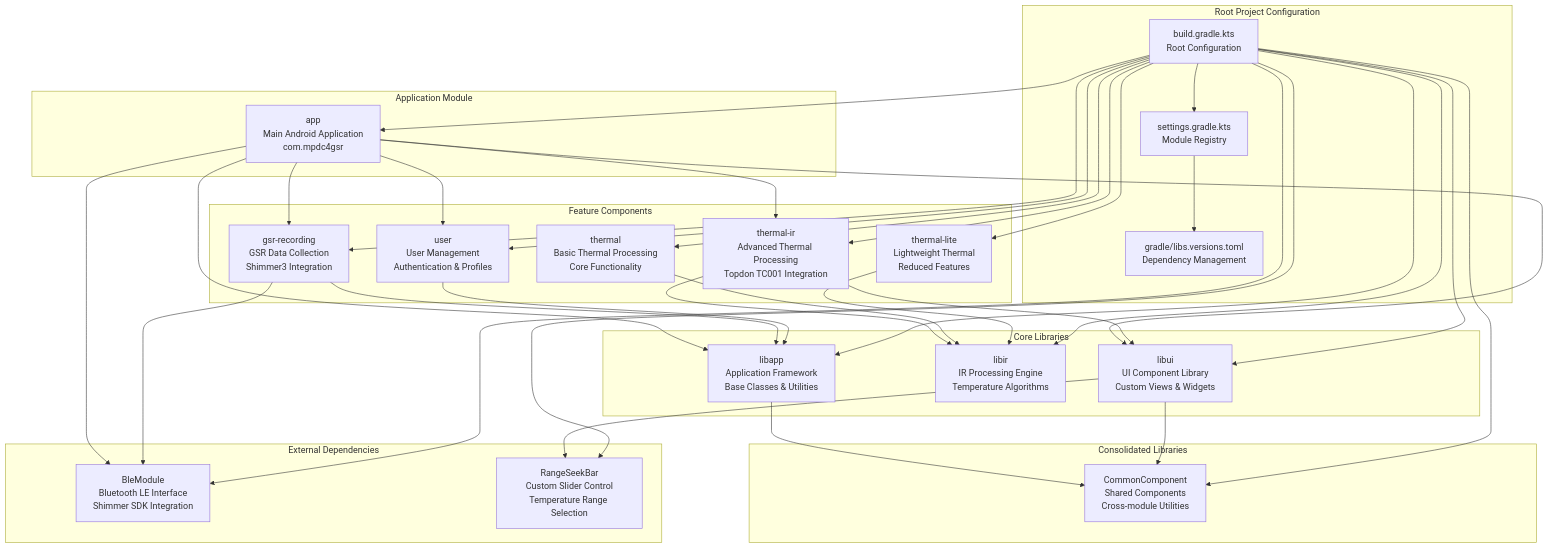
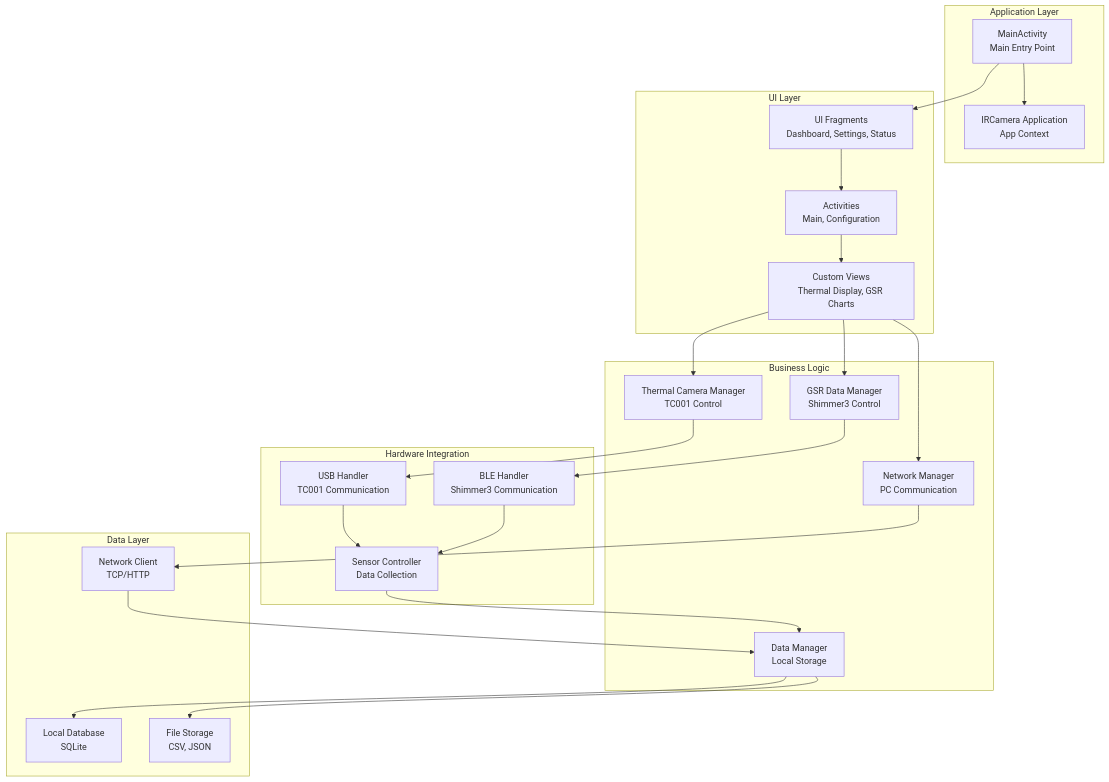
The third of 10 diagrams in docs/COMPREHENSIVE_ARCHITECTURE_DIAGRAMS.md (uclgsr/IRCamera), drawn with Mermaid before and after one commit. The commit also changed other lines of this file, not shown here.

Commit message:
Complete fresh restart of architecture diagrams - 10 comprehensive Mermaid diagrams from scratch

````diff
--- a/docs/COMPREHENSIVE_ARCHITECTURE_DIAGRAMS.md
+++ b/docs/COMPREHENSIVE_ARCHITECTURE_DIAGRAMS.md
@@ -211,75 +126,53 @@
 ```mermaid
 graph TB
-    subgraph "Root Project Configuration"
-        RootBuild[build.gradle.kts<br/>Root Configuration]
-        Settings[settings.gradle.kts<br/>Module Registry]
-        VersionCatalog[gradle/libs.versions.toml<br/>Dependency Management]
+    subgraph "Application Layer"
+        MainActivity[MainActivity<br/>Main Entry Point]
+        Application[IRCamera Application<br/>App Context]
     end
     
-    subgraph "Application Module"
-        AppModule[app<br/>Main Android Application<br/>com.mpdc4gsr]
+    subgraph "UI Layer"
+        Fragments[UI Fragments<br/>Dashboard, Settings, Status]
+        Activities[Activities<br/>Main, Configuration]
+        Views[Custom Views<br/>Thermal Display, GSR Charts]
     end
     
-    subgraph "Feature Components"
-        ThermalIRModule[thermal-ir<br/>Advanced Thermal Processing<br/>Topdon TC001 Integration]
-        ThermalModule[thermal<br/>Basic Thermal Processing<br/>Core Functionality]
-        ThermalLiteModule[thermal-lite<br/>Lightweight Thermal<br/>Reduced Features]
-        GSRModule[gsr-recording<br/>GSR Data Collection<br/>Shimmer3 Integration]
-        UserModule[user<br/>User Management<br/>Authentication & Profiles]
+    subgraph "Business Logic"
+        ThermalManager[Thermal Camera Manager<br/>TC001 Control]
+        GSRManager[GSR Data Manager<br/>Shimmer3 Control]
+        NetworkManager[Network Manager<br/>PC Communication]
+        DataManager[Data Manager<br/>Local Storage]
     end
     
-    subgraph "Core Libraries"
-        LibAppModule[libapp<br/>Application Framework<br/>Base Classes & Utilities]
-        LibIRModule[libir<br/>IR Processing Engine<br/>Temperature Algorithms]
-        LibUIModule[libui<br/>UI Component Library<br/>Custom Views & Widgets]
+    subgraph "Hardware Integration"
+        USBHandler[USB Handler<br/>TC001 Communication]
+        BLEHandler[BLE Handler<br/>Shimmer3 Communication]
+        SensorController[Sensor Controller<br/>Data Collection]
     end
     
-    subgraph "External Dependencies"
-        BleModuleExt[BleModule<br/>Bluetooth LE Interface<br/>Shimmer SDK Integration]
-        RangeSeekBarExt[RangeSeekBar<br/>Custom Slider Control<br/>Temperature Range Selection]
+    subgraph "Data Layer"
+        LocalDB[Local Database<br/>SQLite]
+        FileStorage[File Storage<br/>CSV, JSON]
+        NetworkClient[Network Client<br/>TCP/HTTP]
     end
     
-    subgraph "Consolidated Libraries"
-        CommonComponent[CommonComponent<br/>Shared Components<br/>Cross-module Utilities]
-    end
+    MainActivity --> Application
+    MainActivity --> Fragments
+    Fragments --> Activities
+    Activities --> Views
     
-    %% Root configuration connections
-    RootBuild --> Settings
-    Settings --> VersionCatalog
+    Views --> ThermalManager
+    Views --> GSRManager
+    Views --> NetworkManager
     
-    %% Application dependencies
-    AppModule --> LibAppModule
-    AppModule --> LibUIModule
-    AppModule --> ThermalIRModule
-    AppModule --> GSRModule
-    AppModule --> UserModule
-    AppModule --> BleModuleExt
+    ThermalManager --> USBHandler
+    GSRManager --> BLEHandler
+    NetworkManager --> NetworkClient
     
-    %% Feature component dependencies
-    ThermalIRModule --> LibIRModule
-    ThermalIRModule --> LibUIModule
-    ThermalModule --> LibIRModule
-    ThermalLiteModule --> LibIRModule
-    GSRModule --> BleModuleExt
-    GSRModule --> LibAppModule
-    UserModule --> LibAppModule
+    USBHandler --> SensorController
+    BLEHandler --> SensorController
+    SensorController --> DataManager
     
-    %% Core library dependencies
-    LibAppModule --> CommonComponent
-    LibUIModule --> CommonComponent
-    LibUIModule --> RangeSeekBarExt
-    
-    %% Build system dependencies
-    RootBuild --> AppModule
-    RootBuild --> ThermalIRModule
-    RootBuild --> ThermalModule
-    RootBuild --> ThermalLiteModule
-    RootBuild --> GSRModule
-    RootBuild --> UserModule
-    RootBuild --> LibAppModule
-    RootBuild --> LibIRModule
-    RootBuild --> LibUIModule
-    RootBuild --> BleModuleExt
-    RootBuild --> RangeSeekBarExt
-    RootBuild --> CommonComponent
+    DataManager --> LocalDB
+    DataManager --> FileStorage
+    NetworkClient --> DataManager
 ```
````
